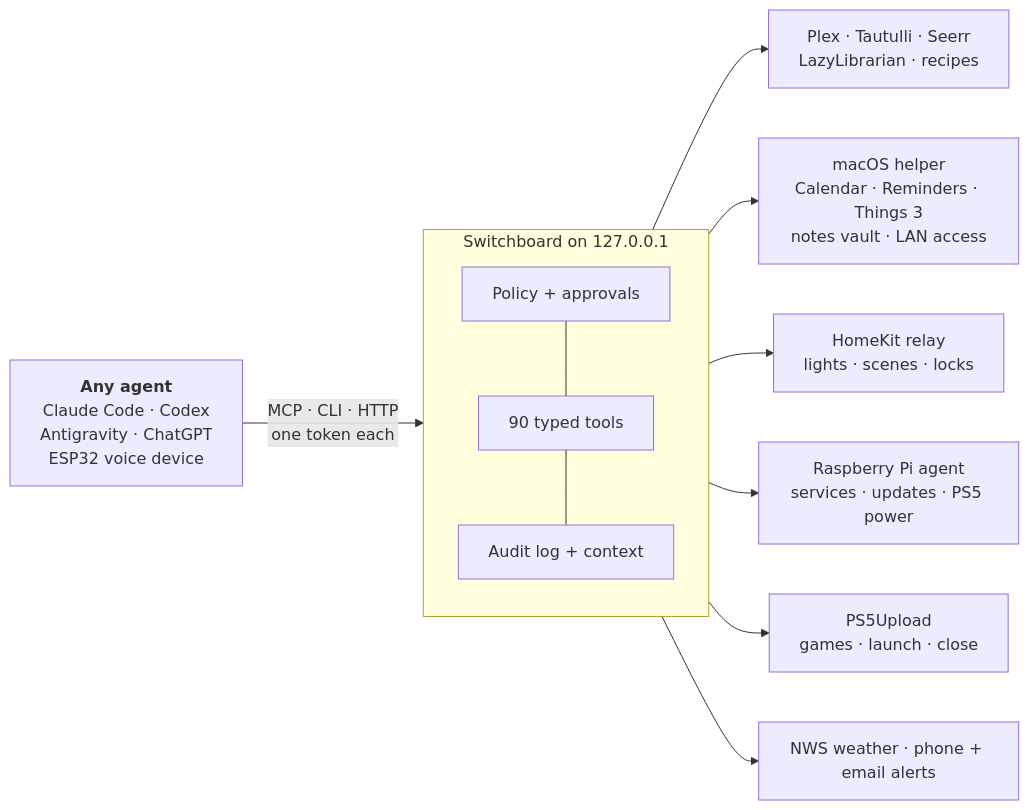
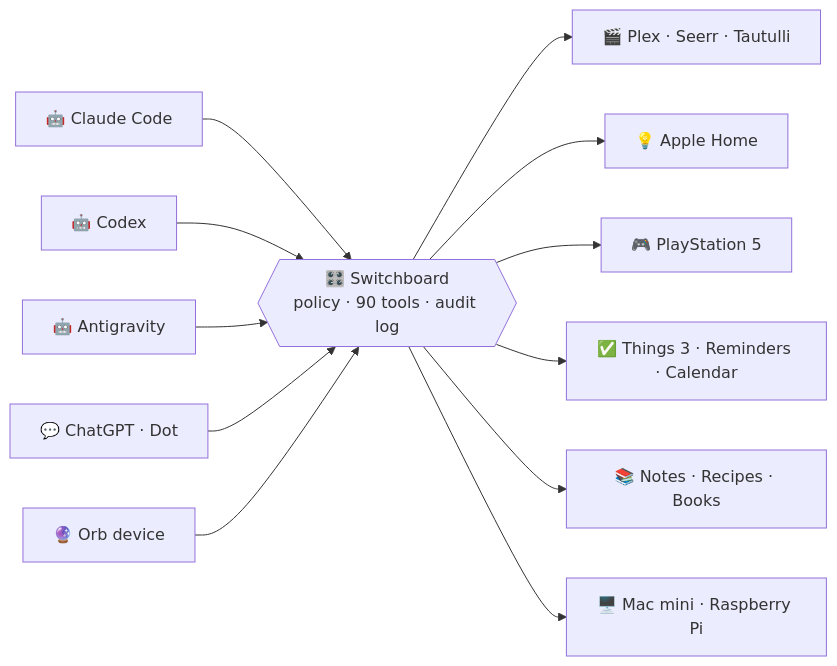
One commit to shhish/switchboard changed the diagram in README.md. Above: the diagram before and after it, drawn with Mermaid. The commit also changed other lines of this file and 1 other file, not shown here.

First line of the commit message:
Switchboard v0.3.2

````diff
--- a/README.md
+++ b/README.md
@@ -32,13 +40,17 @@
 ```mermaid
 flowchart LR
-  A["<b>Any agent</b><br/>Claude Code · Codex<br/>Antigravity · ChatGPT<br/>ESP32 voice device"] -- "MCP · CLI · HTTP<br/>one token each" --> SB
-  subgraph SB[Switchboard on 127.0.0.1]
-    P[Policy + approvals] --- R[90 typed tools] --- L[Audit log + context]
-  end
-  SB --> M[Plex · Tautulli · Seerr<br/>LazyLibrarian · recipes]
-  SB --> H[macOS helper<br/>Calendar · Reminders · Things 3<br/>notes vault · LAN access]
-  SB --> K[HomeKit relay<br/>lights · scenes · locks]
-  SB --> Pi[Raspberry Pi agent<br/>services · updates · PS5 power]
-  SB --> PS[PS5Upload<br/>games · launch · close]
-  SB --> W[NWS weather · phone + email alerts]
+  CC["🤖 Claude Code"] --> SB
+  CX["🤖 Codex"] --> SB
+  AG["🤖 Antigravity"] --> SB
+  GPT["💬 ChatGPT · Dot"] --> SB
+  ORB["🔮 Orb device"] --> SB
+
+  SB{{"🎛️ Switchboard<br/>policy · 90 tools · audit log"}}
+
+  SB --> MEDIA["🎬 Plex · Seerr · Tautulli"]
+  SB --> HOME["💡 Apple Home"]
+  SB --> PS5["🎮 PlayStation 5"]
+  SB --> LIFE["✅ Things 3 · Reminders · Calendar"]
+  SB --> MIND["📚 Notes · Recipes · Books"]
+  SB --> OPS["🖥️ Mac mini · Raspberry Pi"]
 ```
````
